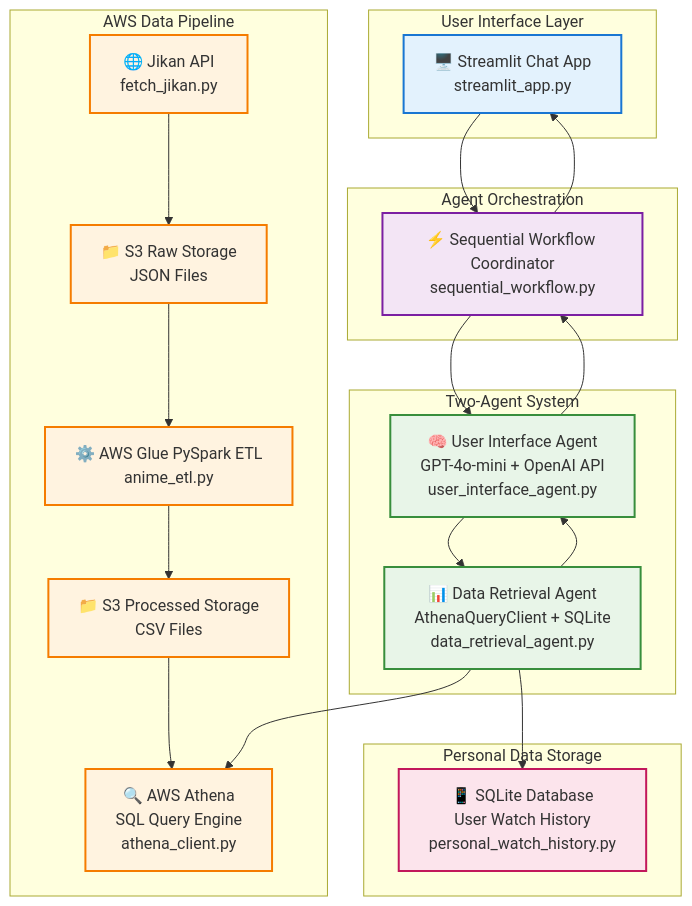
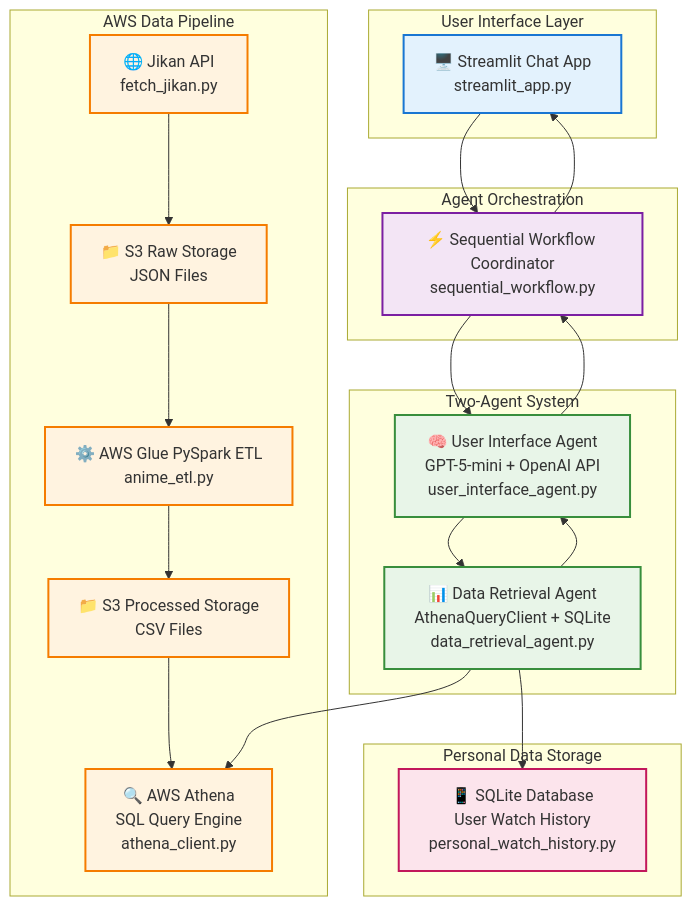
One commit to huyvu203/Anime-MVP changed the diagram in planning_graph.mmd. Above: the diagram before and after it, drawn with Mermaid. The commit also changed 3 other files, not shown here.

Commit message:
change user interface agent to gpt-5-mini from gpr-4o-mini

```diff
--- a/planning_graph.mmd
+++ b/planning_graph.mmd
@@ -1,56 +1,56 @@
 flowchart TD
     subgraph "User Interface Layer"
         UI[🖥️ Streamlit Chat App<br/>streamlit_app.py]
     end
     
     subgraph "Agent Orchestration"
         WF[⚡ Sequential Workflow Coordinator<br/>sequential_workflow.py]
     end
     
     subgraph "Two-Agent System"
-        UIA[🧠 User Interface Agent<br/>GPT-4o-mini + OpenAI API<br/>user_interface_agent.py]
+        UIA[🧠 User Interface Agent<br/>GPT-5-mini + OpenAI API<br/>user_interface_agent.py]
         DRA[📊 Data Retrieval Agent<br/>AthenaQueryClient + SQLite<br/>data_retrieval_agent.py]
     end
     
     subgraph "AWS Data Pipeline"
         JIKAN[🌐 Jikan API<br/>fetch_jikan.py]
         S3RAW[📁 S3 Raw Storage<br/>JSON Files]
         GLUE[⚙️ AWS Glue PySpark ETL<br/>anime_etl.py]
         S3PROC[📁 S3 Processed Storage<br/>CSV Files]
         ATHENA[🔍 AWS Athena<br/>SQL Query Engine<br/>athena_client.py]
     end
     
     subgraph "Personal Data Storage"
         SQLITE[📱 SQLite Database<br/>User Watch History<br/>personal_watch_history.py]
     end
     
     %% User interaction flow
     UI --> WF
     WF --> UIA
     UIA --> DRA
     DRA --> UIA
     UIA --> WF
     WF --> UI
     
     %% Data pipeline flow
     JIKAN --> S3RAW
     S3RAW --> GLUE
     GLUE --> S3PROC
     S3PROC --> ATHENA
     
     %% Agent data access
     DRA --> ATHENA
     DRA --> SQLITE
     
     %% Styling for components
     classDef userInterface fill:#e3f2fd,stroke:#1976d2,stroke-width:2px
     classDef orchestration fill:#f3e5f5,stroke:#7b1fa2,stroke-width:2px
     classDef agents fill:#e8f5e8,stroke:#388e3c,stroke-width:2px
     classDef aws fill:#fff3e0,stroke:#f57c00,stroke-width:2px
     classDef personal fill:#fce4ec,stroke:#c2185b,stroke-width:2px
     
     class UI userInterface
     class WF orchestration
     class UIA,DRA agents
     class JIKAN,S3RAW,GLUE,S3PROC,ATHENA aws
     class SQLITE personal
```
